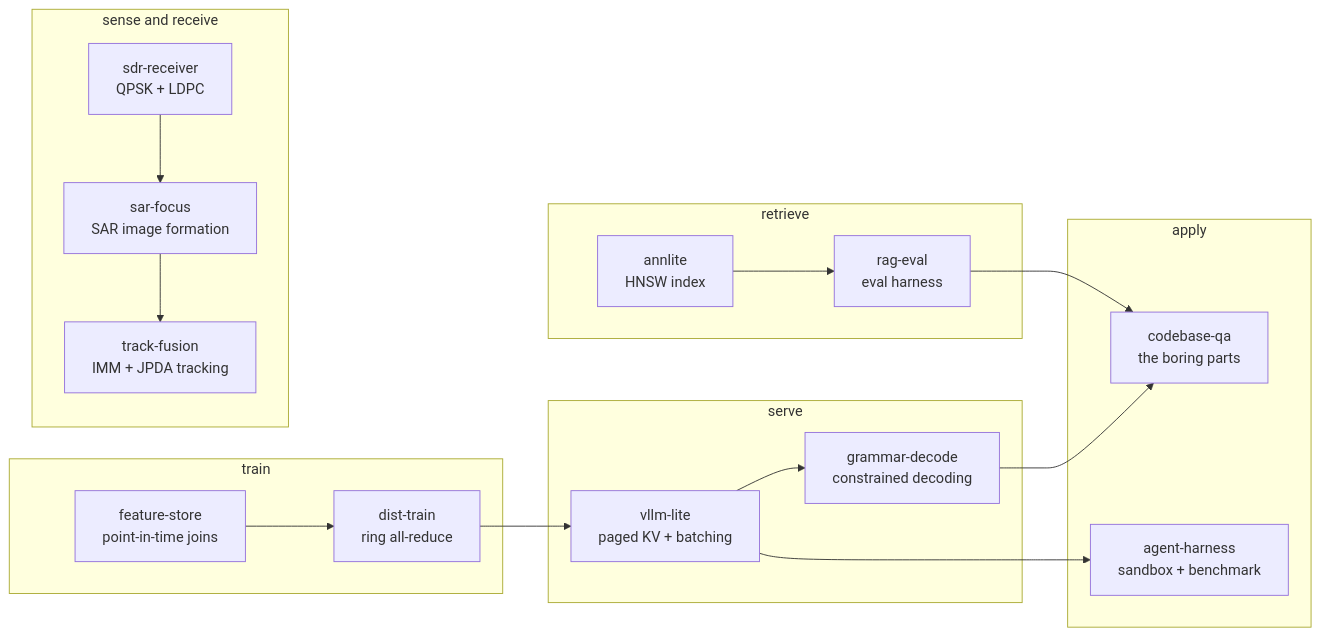
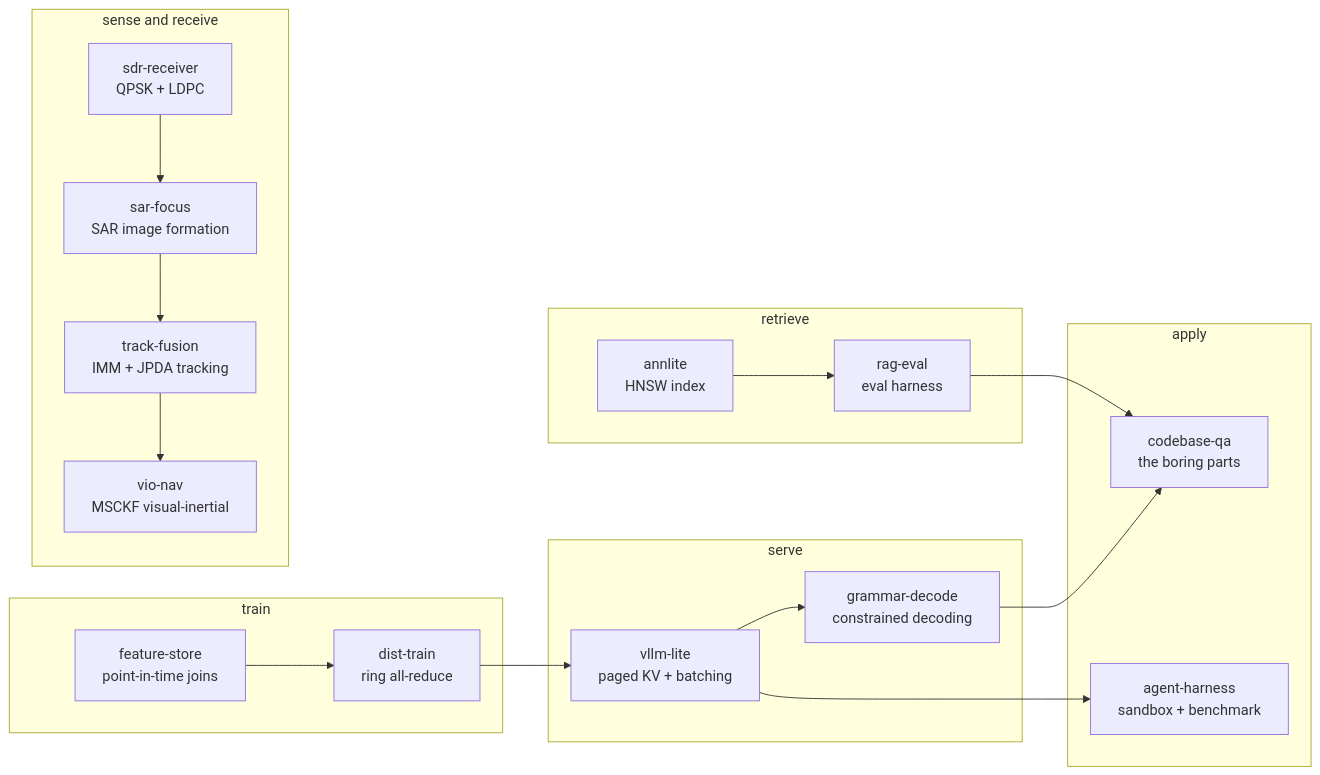
Before and after one commit to asp53826/asp53826: the diagram in README.md, drawn with Mermaid. The commit also changed other lines of this file and 3 other files, not shown here.

Commit message:
Add vio-nav; 639 tests across 12 repositories

````diff
--- a/README.md
+++ b/README.md
@@ -47,30 +48,31 @@
 ```mermaid
 flowchart LR
   subgraph TRAIN [train]
     B[feature-store<br/>point-in-time joins]
     A[dist-train<br/>ring all-reduce]
   end
   subgraph SERVE [serve]
     C[vllm-lite<br/>paged KV + batching]
     D[grammar-decode<br/>constrained decoding]
   end
   subgraph RETRIEVE [retrieve]
     E[annlite<br/>HNSW index]
     F[rag-eval<br/>eval harness]
   end
   subgraph APPLY [apply]
     G[agent-harness<br/>sandbox + benchmark]
     H[codebase-qa<br/>the boring parts]
   end
   subgraph SIGNAL [sense and receive]
     I[sdr-receiver<br/>QPSK + LDPC]
     J[sar-focus<br/>SAR image formation]
     K[track-fusion<br/>IMM + JPDA tracking]
+    L[vio-nav<br/>MSCKF visual-inertial]
   end
 
   B --> A --> C --> D
   E --> F --> H
   C --> G
   D --> H
-  I --> J --> K
+  I --> J --> K --> L
 ```
````
